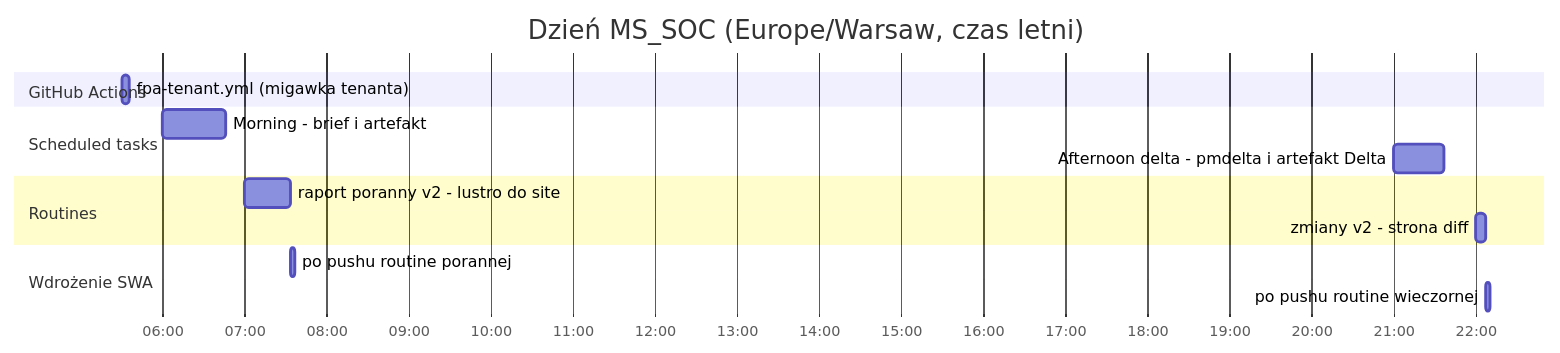
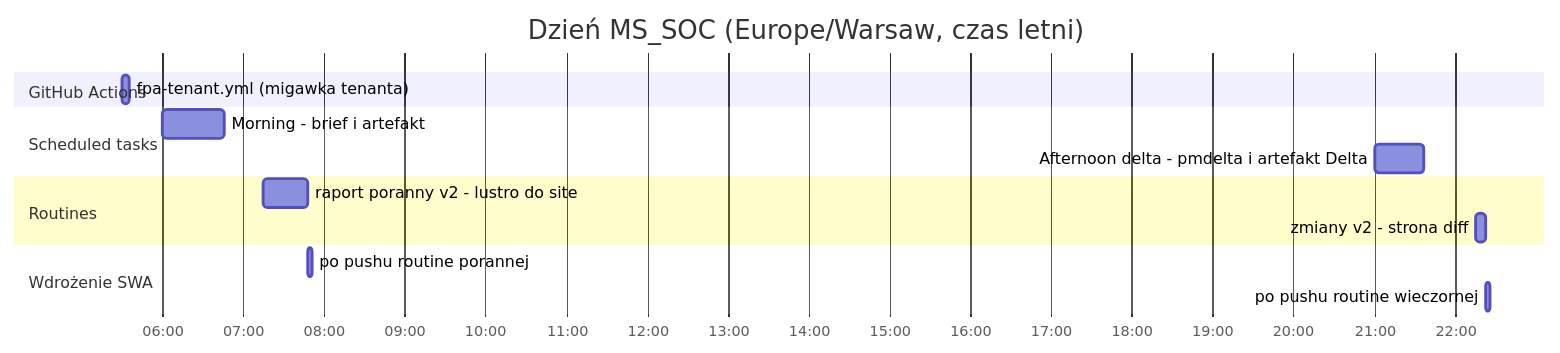
The second of 5 diagrams in README.md (wpiotrw/MS_SOC), drawn with Mermaid before and after one commit. The commit also changed other lines of this file, not shown here.

````diff
--- a/README.md
+++ b/README.md
@@ -159,17 +159,17 @@
 ```mermaid
 gantt
     dateFormat HH:mm
     axisFormat %H:%M
     title Dzień MS_SOC (Europe/Warsaw, czas letni)
     section GitHub Actions
     fpa-tenant.yml (migawka tenanta)          :a1, 05:30, 5m
     section Scheduled tasks
     Morning - brief i artefakt                  :a2, 06:00, 46m
     Afternoon delta - pmdelta i artefakt Delta  :a4, 21:00, 37m
     section Routines
-    raport poranny v2 - lustro do site          :a3, 07:00, 33m
-    zmiany v2 - strona diff                     :a5, 22:00, 8m
+    raport poranny v2 - lustro do site          :a3, 07:15, 33m
+    zmiany v2 - strona diff                     :a5, 22:15, 8m
     section Wdrożenie SWA
     po pushu routine porannej                   :a6, after a3, 3m
     po pushu routine wieczornej                 :a7, after a5, 3m
 ```
````
